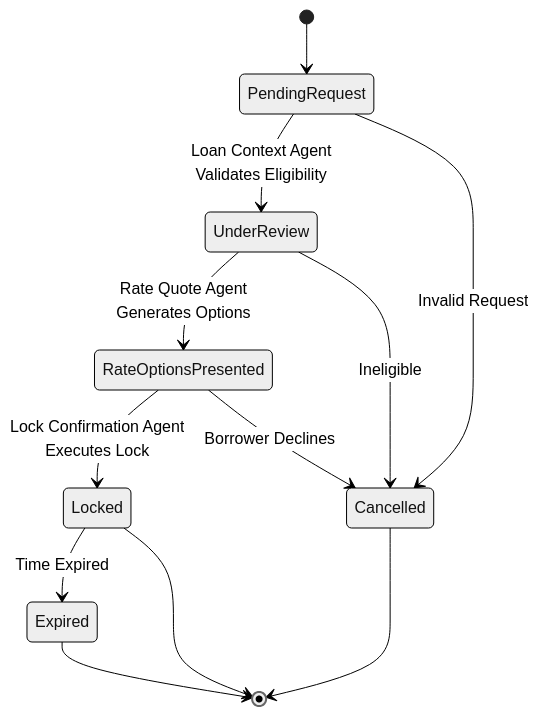
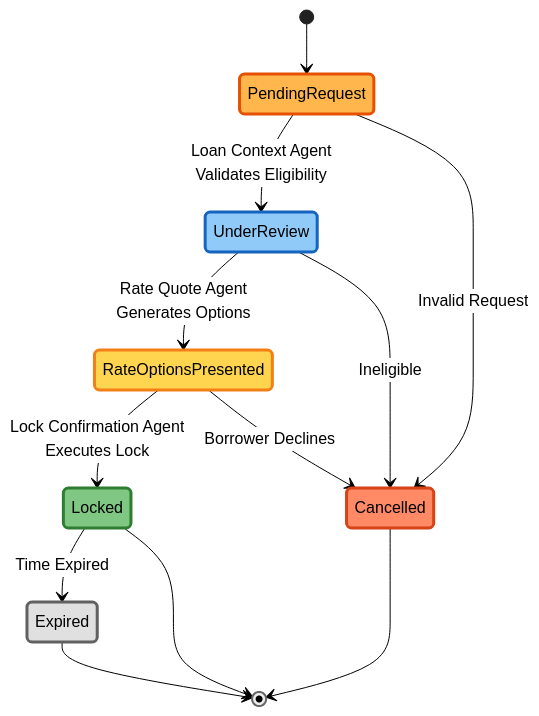
One commit to drewelewis/ai-rate-lock-system-sk changed the third of 5 diagrams in README.md. Above: the diagram before and after it, drawn with Mermaid (neutral theme). The commit also changed other lines of this file and 1 other file, not shown here.

Commit message:
updated diagrams

````diff
--- a/README.md
+++ b/README.md
@@ -478,17 +494,31 @@
 ```mermaid
 stateDiagram-v2
     [*] --> PendingRequest
     PendingRequest --> UnderReview : Loan Context Agent<br/>Validates Eligibility
     PendingRequest --> Cancelled : Invalid Request
     
     UnderReview --> RateOptionsPresented : Rate Quote Agent<br/>Generates Options
     UnderReview --> Cancelled : Ineligible
     
     RateOptionsPresented --> Locked : Lock Confirmation Agent<br/>Executes Lock
     RateOptionsPresented --> Cancelled : Borrower Declines
     
     Locked --> Expired : Time Expired
     Locked --> [*]
     Expired --> [*]
     Cancelled --> [*]
+    
+    classDef pendingStyle fill:#FFB74D,stroke:#E65100,stroke-width:3px,color:#000
+    classDef reviewStyle fill:#90CAF9,stroke:#1565C0,stroke-width:3px,color:#000
+    classDef presentedStyle fill:#FFD54F,stroke:#F57F17,stroke-width:3px,color:#000
+    classDef lockedStyle fill:#81C784,stroke:#2E7D32,stroke-width:3px,color:#000
+    classDef expiredStyle fill:#E0E0E0,stroke:#616161,stroke-width:3px,color:#000
+    classDef cancelledStyle fill:#FF8A65,stroke:#D84315,stroke-width:3px,color:#000
+    
+    class PendingRequest pendingStyle
+    class UnderReview reviewStyle
+    class RateOptionsPresented presentedStyle
+    class Locked lockedStyle
+    class Expired expiredStyle
+    class Cancelled cancelledStyle
 ```
````
